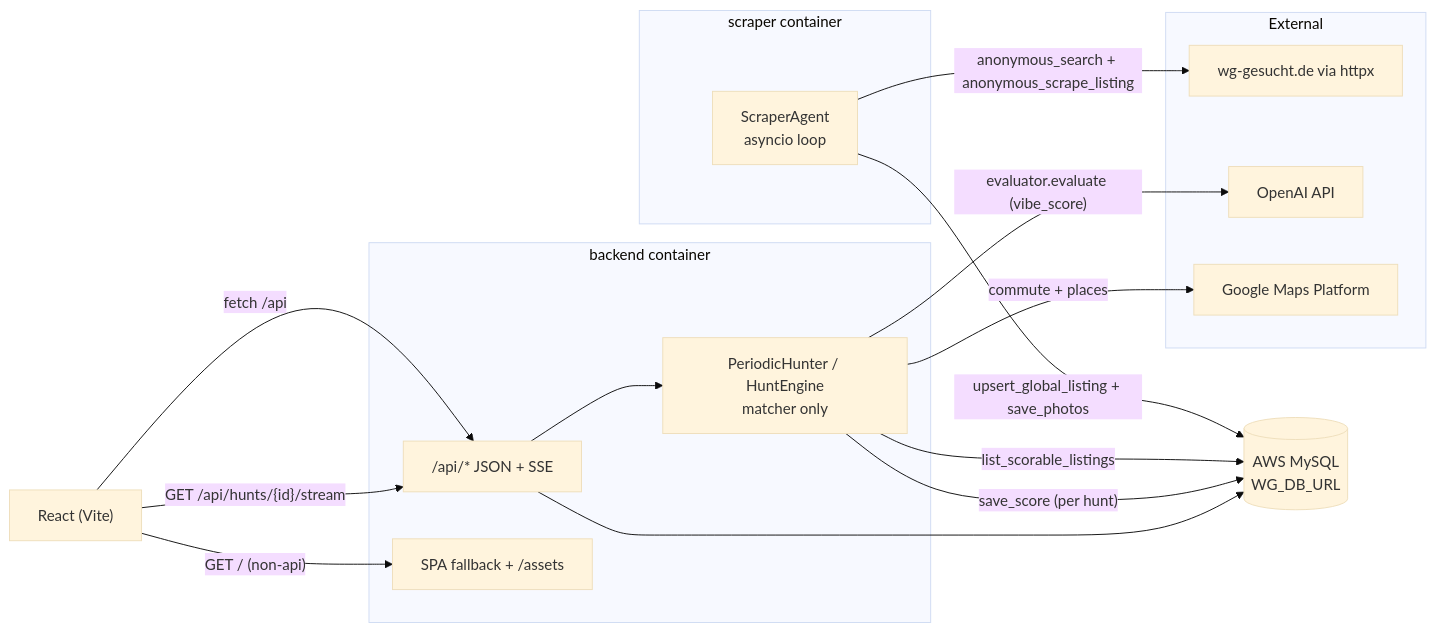
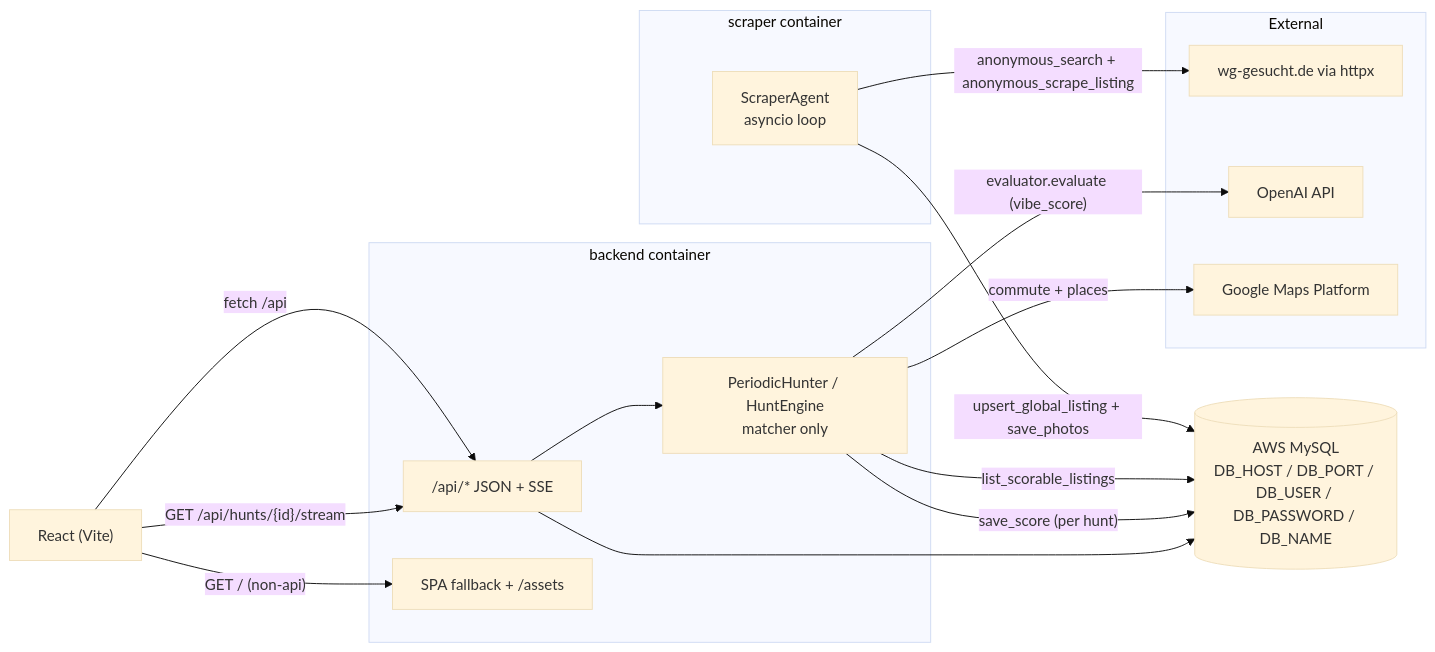
The first of 3 diagrams in docs/ARCHITECTURE.md (v-ya-ch-e/tumai-makeathon-2026), drawn with Mermaid (base theme) before and after one commit. The commit also changed other lines of this file and 11 other files, not shown here.

````diff
--- a/docs/ARCHITECTURE.md
+++ b/docs/ARCHITECTURE.md
@@ -10,28 +10,28 @@
 ```mermaid
 flowchart LR
   subgraph scraperSvc [scraper container]
     SA["ScraperAgent<br/>asyncio loop"]
   end
   subgraph backendSvc [backend container]
     API["/api/* JSON + SSE"]
     SPA["SPA fallback + /assets"]
     PH["PeriodicHunter / HuntEngine<br/>matcher only"]
   end
   subgraph external [External]
     WG["wg-gesucht.de via httpx"]
     OAI["OpenAI API"]
     GM["Google Maps Platform"]
   end
-  MySQL[("AWS MySQL<br/>WG_DB_URL")]
+  MySQL[("AWS MySQL<br/>DB_HOST / DB_PORT / DB_USER / DB_PASSWORD / DB_NAME")]
   SA -->|"anonymous_search + anonymous_scrape_listing"| WG
   SA -->|"upsert_global_listing + save_photos"| MySQL
   React["React (Vite)"] -->|"fetch /api"| API
   React -->|"GET /api/hunts/{id}/stream"| API
   API --> PH
   PH -->|"list_scorable_listings"| MySQL
   PH -->|"save_score (per hunt)"| MySQL
   PH -->|"evaluator.evaluate (vibe_score)"| OAI
   PH -->|"commute + places"| GM
   API --> MySQL
   React -->|"GET / (non-api)"| SPA
 ```
````
